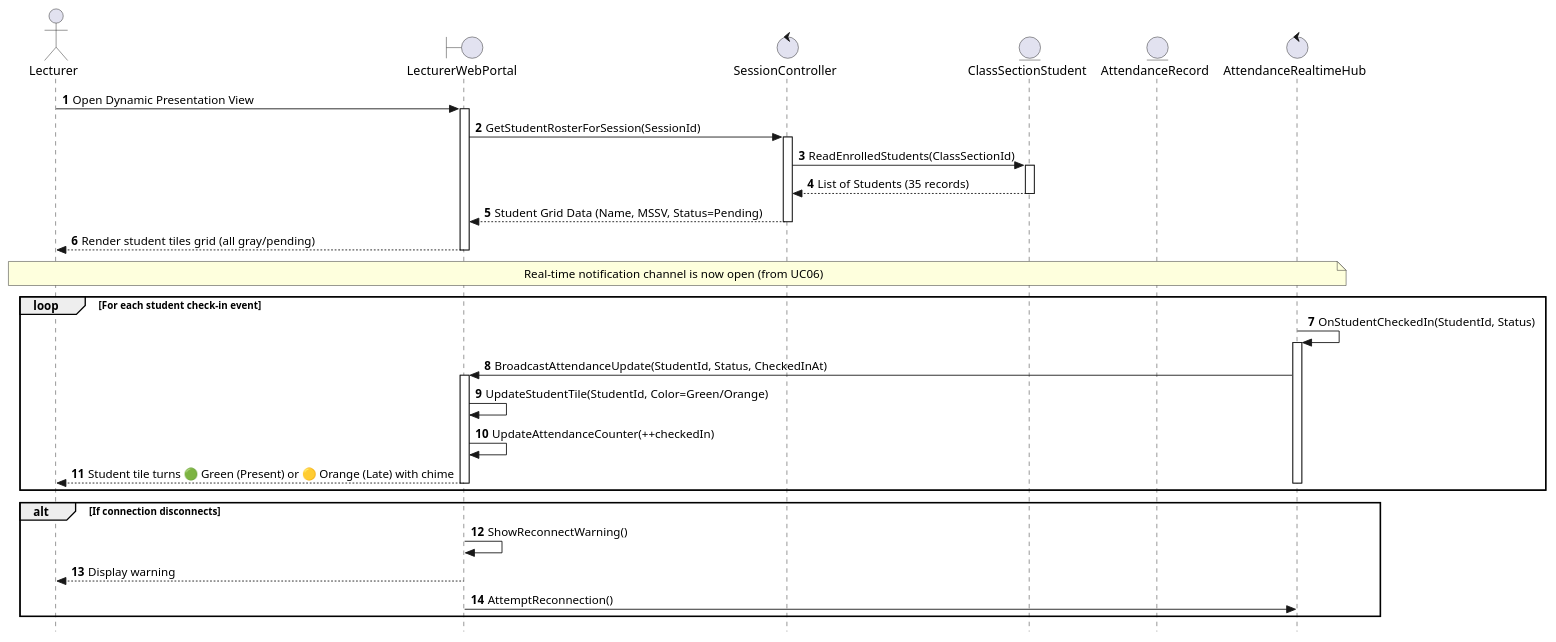
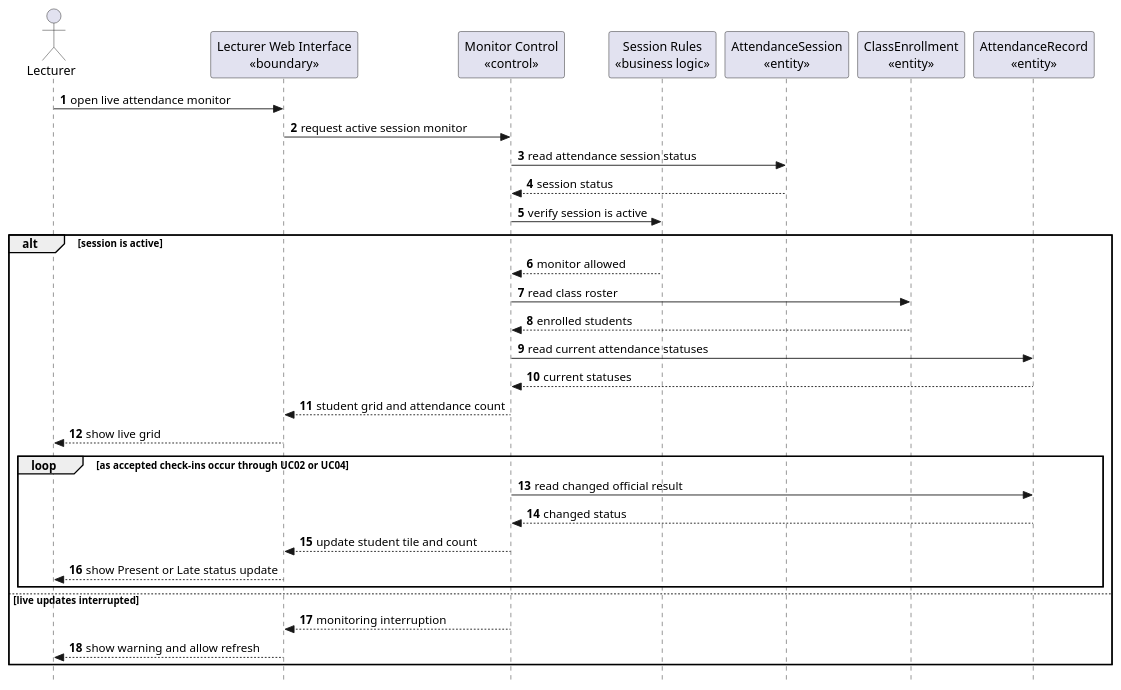
Diagram 13 of 25 in docs/sds/2_Analysis.md (nttung42/SWD392), drawn with PlantUML before and after one commit. The commit also changed other lines of this file and 1 other file, not shown here.

````diff
--- a/docs/sds/2_Analysis.md
+++ b/docs/sds/2_Analysis.md
@@ -455,45 +712,39 @@
 ```plantuml
 @startuml
 skinparam style strictuml
 autonumber
-actor GV as "Lecturer"
-boundary LWP as "LecturerWebPortal"
-control SC as "SessionController"
-entity CS as "ClassSectionStudent"
-entity AR as "AttendanceRecord"
-control WSH as "AttendanceRealtimeHub"
+actor "Lecturer" as Lecturer
+participant "Lecturer Web Interface\n«boundary»" as LecturerUI
+participant "Monitor Control\n«control»" as MonitorControl
+participant "Session Rules\n«business logic»" as SessionRules
+participant "AttendanceSession\n«entity»" as AttendanceSession
+participant "ClassEnrollment\n«entity»" as ClassEnrollment
+participant "AttendanceRecord\n«entity»" as AttendanceRecord
 
-GV -> LWP : Open Dynamic Presentation View
-activate LWP
-LWP -> SC : GetStudentRosterForSession(SessionId)
-activate SC
-SC -> CS : ReadEnrolledStudents(ClassSectionId)
-activate CS
-CS --> SC : List of Students (35 records)
-deactivate CS
-SC --> LWP : Student Grid Data (Name, MSSV, Status=Pending)
-deactivate SC
-LWP --> GV : Render student tiles grid (all gray/pending)
-deactivate LWP
+Lecturer -> LecturerUI : open live attendance monitor
+LecturerUI -> MonitorControl : request active session monitor
+MonitorControl -> AttendanceSession : read attendance session status
+AttendanceSession --> MonitorControl : session status
+MonitorControl -> SessionRules : verify session is active
 
-note over GV, WSH : Real-time notification channel is now open (from UC06)
+alt session is active
+  SessionRules --> MonitorControl : monitor allowed
+  MonitorControl -> ClassEnrollment : read class roster
+  ClassEnrollment --> MonitorControl : enrolled students
+  MonitorControl -> AttendanceRecord : read current attendance statuses
+  AttendanceRecord --> MonitorControl : current statuses
+  MonitorControl --> LecturerUI : student grid and attendance count
+  LecturerUI --> Lecturer : show live grid
 
-loop For each student check-in event
-    WSH -> WSH : OnStudentCheckedIn(StudentId, Status)
-    activate WSH
-    WSH -> LWP : BroadcastAttendanceUpdate(StudentId, Status, CheckedInAt)
-    activate LWP
-    LWP -> LWP : UpdateStudentTile(StudentId, Color=Green/Orange)
-    LWP -> LWP : UpdateAttendanceCounter(++checkedIn)
-    LWP --> GV : Student tile turns 🟢 Green (Present) or 🟡 Orange (Late) with chime
-    deactivate LWP
-    deactivate WSH
-end
-
-alt If connection disconnects
-    LWP -> LWP : ShowReconnectWarning()
-    LWP --> GV : Display warning
-    LWP -> WSH : AttemptReconnection()
+  loop as accepted check-ins occur through UC02 or UC04
+    MonitorControl -> AttendanceRecord : read changed official result
+    AttendanceRecord --> MonitorControl : changed status
+    MonitorControl --> LecturerUI : update student tile and count
+    LecturerUI --> Lecturer : show Present or Late status update
+  end
+else live updates interrupted
+  MonitorControl --> LecturerUI : monitoring interruption
+  LecturerUI --> Lecturer : show warning and allow refresh
 end
 @enduml
 ```
````
